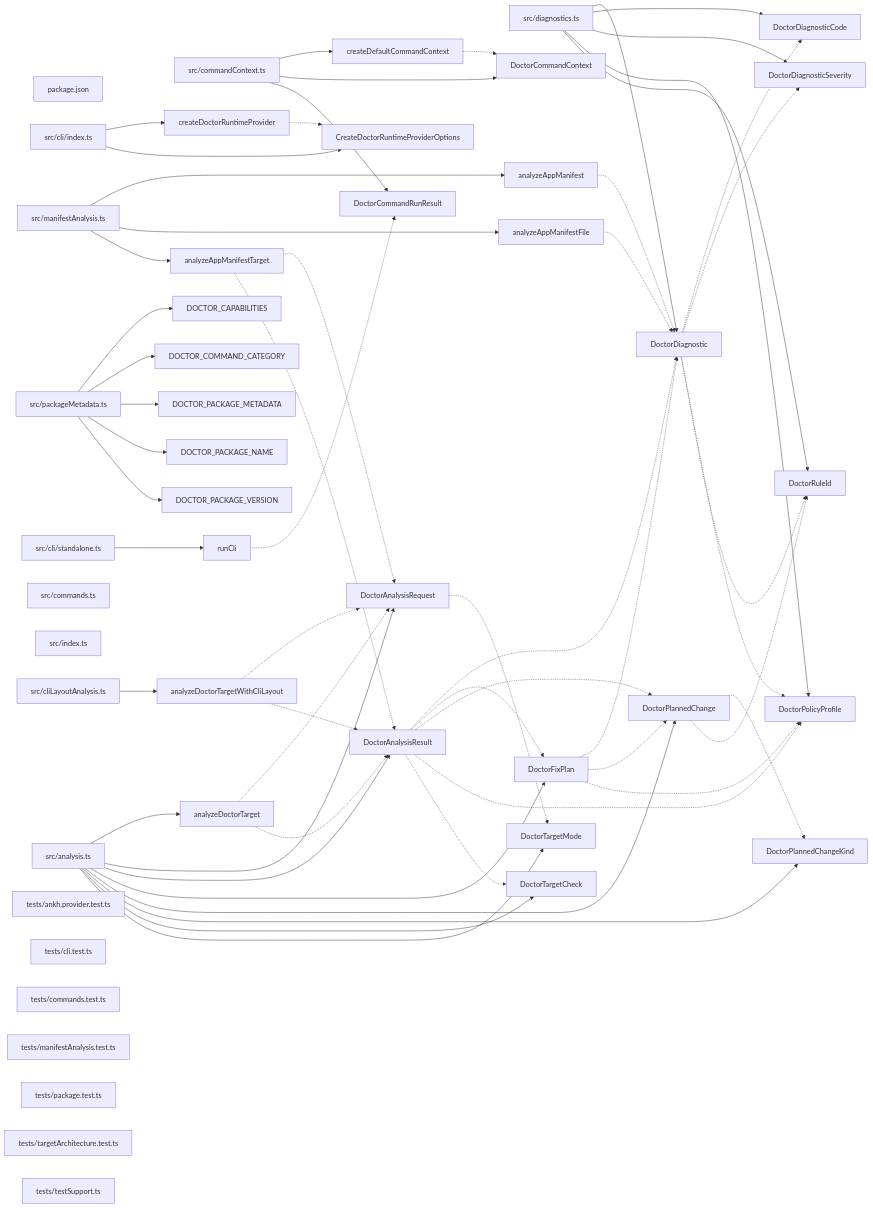
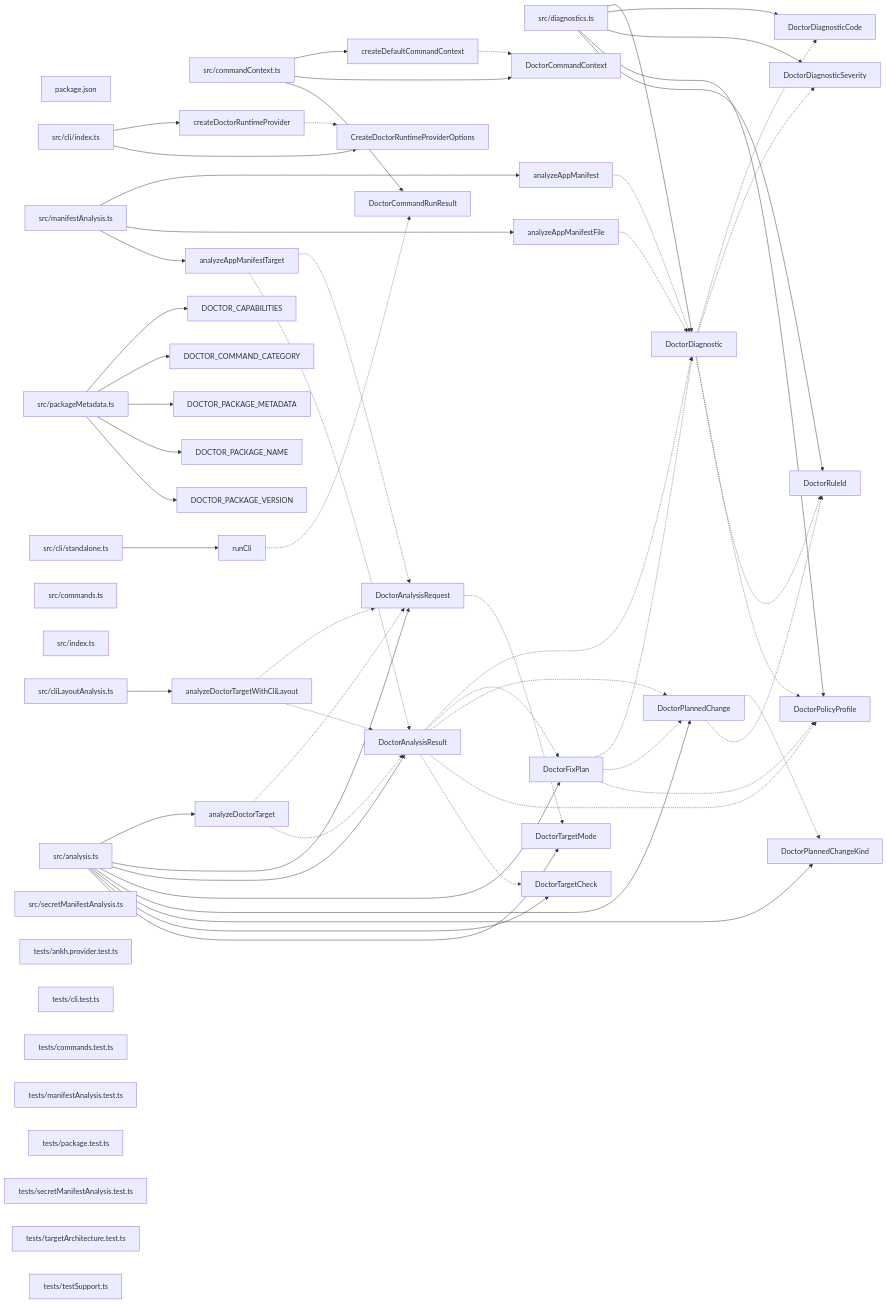
The diagram in paradox/diagrams/export-graph.mmd (ankhorage/doctor), drawn with Mermaid before and after one commit. The commit also changed 16 other files, not shown here.

```diff
--- a/paradox/diagrams/export-graph.mmd
+++ b/paradox/diagrams/export-graph.mmd
@@ -1,101 +1,103 @@
 graph LR
   module_package_json["package.json"]
   module_src_analysis_ts["src/analysis.ts"]
   module_src_cli_index_ts["src/cli/index.ts"]
   module_src_cli_standalone_ts["src/cli/standalone.ts"]
   module_src_cliLayoutAnalysis_ts["src/cliLayoutAnalysis.ts"]
   module_src_commandContext_ts["src/commandContext.ts"]
   module_src_commands_ts["src/commands.ts"]
   module_src_diagnostics_ts["src/diagnostics.ts"]
   module_src_index_ts["src/index.ts"]
   module_src_manifestAnalysis_ts["src/manifestAnalysis.ts"]
   module_src_packageMetadata_ts["src/packageMetadata.ts"]
+  module_src_secretManifestAnalysis_ts["src/secretManifestAnalysis.ts"]
   module_tests_ankh_provider_test_ts["tests/ankh.provider.test.ts"]
   module_tests_cli_test_ts["tests/cli.test.ts"]
   module_tests_commands_test_ts["tests/commands.test.ts"]
   module_tests_manifestAnalysis_test_ts["tests/manifestAnalysis.test.ts"]
   module_tests_package_test_ts["tests/package.test.ts"]
+  module_tests_secretManifestAnalysis_test_ts["tests/secretManifestAnalysis.test.ts"]
   module_tests_targetArchitecture_test_ts["tests/targetArchitecture.test.ts"]
   module_tests_testSupport_ts["tests/testSupport.ts"]
   export_analyzeAppManifest["analyzeAppManifest"]
   module_src_manifestAnalysis_ts --> export_analyzeAppManifest
   export_analyzeAppManifest -.-> export_DoctorDiagnostic
   export_analyzeAppManifestFile["analyzeAppManifestFile"]
   module_src_manifestAnalysis_ts --> export_analyzeAppManifestFile
   export_analyzeAppManifestFile -.-> export_DoctorDiagnostic
   export_analyzeAppManifestTarget["analyzeAppManifestTarget"]
   module_src_manifestAnalysis_ts --> export_analyzeAppManifestTarget
   export_analyzeAppManifestTarget -.-> export_DoctorAnalysisRequest
   export_analyzeAppManifestTarget -.-> export_DoctorAnalysisResult
   export_analyzeDoctorTarget["analyzeDoctorTarget"]
   module_src_analysis_ts --> export_analyzeDoctorTarget
   export_analyzeDoctorTarget -.-> export_DoctorAnalysisRequest
   export_analyzeDoctorTarget -.-> export_DoctorAnalysisResult
   export_analyzeDoctorTargetWithCliLayout["analyzeDoctorTargetWithCliLayout"]
   module_src_cliLayoutAnalysis_ts --> export_analyzeDoctorTargetWithCliLayout
   export_analyzeDoctorTargetWithCliLayout -.-> export_DoctorAnalysisRequest
   export_analyzeDoctorTargetWithCliLayout -.-> export_DoctorAnalysisResult
   export_createDefaultCommandContext["createDefaultCommandContext"]
   module_src_commandContext_ts --> export_createDefaultCommandContext
   export_createDefaultCommandContext -.-> export_DoctorCommandContext
   export_createDoctorRuntimeProvider["createDoctorRuntimeProvider"]
   module_src_cli_index_ts --> export_createDoctorRuntimeProvider
   export_createDoctorRuntimeProvider -.-> export_CreateDoctorRuntimeProviderOptions
   export_CreateDoctorRuntimeProviderOptions["CreateDoctorRuntimeProviderOptions"]
   module_src_cli_index_ts --> export_CreateDoctorRuntimeProviderOptions
   export_DOCTOR_CAPABILITIES["DOCTOR_CAPABILITIES"]
   module_src_packageMetadata_ts --> export_DOCTOR_CAPABILITIES
   export_DOCTOR_COMMAND_CATEGORY["DOCTOR_COMMAND_CATEGORY"]
   module_src_packageMetadata_ts --> export_DOCTOR_COMMAND_CATEGORY
   export_DOCTOR_PACKAGE_METADATA["DOCTOR_PACKAGE_METADATA"]
   module_src_packageMetadata_ts --> export_DOCTOR_PACKAGE_METADATA
   export_DOCTOR_PACKAGE_NAME["DOCTOR_PACKAGE_NAME"]
   module_src_packageMetadata_ts --> export_DOCTOR_PACKAGE_NAME
   export_DOCTOR_PACKAGE_VERSION["DOCTOR_PACKAGE_VERSION"]
   module_src_packageMetadata_ts --> export_DOCTOR_PACKAGE_VERSION
   export_DoctorAnalysisRequest["DoctorAnalysisRequest"]
   module_src_analysis_ts --> export_DoctorAnalysisRequest
   export_DoctorAnalysisRequest -.-> export_DoctorTargetMode
   export_DoctorAnalysisResult["DoctorAnalysisResult"]
   module_src_analysis_ts --> export_DoctorAnalysisResult
   export_DoctorAnalysisResult -.-> export_DoctorDiagnostic
   export_DoctorAnalysisResult -.-> export_DoctorFixPlan
   export_DoctorAnalysisResult -.-> export_DoctorPlannedChange
   export_DoctorAnalysisResult -.-> export_DoctorPolicyProfile
   export_DoctorAnalysisResult -.-> export_DoctorTargetCheck
   export_DoctorCommandContext["DoctorCommandContext"]
   module_src_commandContext_ts --> export_DoctorCommandContext
   export_DoctorCommandRunResult["DoctorCommandRunResult"]
   module_src_commandContext_ts --> export_DoctorCommandRunResult
   export_DoctorDiagnostic["DoctorDiagnostic"]
   module_src_diagnostics_ts --> export_DoctorDiagnostic
   export_DoctorDiagnostic -.-> export_DoctorDiagnosticCode
   export_DoctorDiagnostic -.-> export_DoctorDiagnosticSeverity
   export_DoctorDiagnostic -.-> export_DoctorPolicyProfile
   export_DoctorDiagnostic -.-> export_DoctorRuleId
   export_DoctorDiagnosticCode["DoctorDiagnosticCode"]
   module_src_diagnostics_ts --> export_DoctorDiagnosticCode
   export_DoctorDiagnosticSeverity["DoctorDiagnosticSeverity"]
   module_src_diagnostics_ts --> export_DoctorDiagnosticSeverity
   export_DoctorFixPlan["DoctorFixPlan"]
   module_src_analysis_ts --> export_DoctorFixPlan
   export_DoctorFixPlan -.-> export_DoctorDiagnostic
   export_DoctorFixPlan -.-> export_DoctorPlannedChange
   export_DoctorFixPlan -.-> export_DoctorPolicyProfile
   export_DoctorPlannedChange["DoctorPlannedChange"]
   module_src_analysis_ts --> export_DoctorPlannedChange
   export_DoctorPlannedChange -.-> export_DoctorPlannedChangeKind
   export_DoctorPlannedChange -.-> export_DoctorRuleId
   export_DoctorPlannedChangeKind["DoctorPlannedChangeKind"]
   module_src_analysis_ts --> export_DoctorPlannedChangeKind
   export_DoctorPolicyProfile["DoctorPolicyProfile"]
   module_src_diagnostics_ts --> export_DoctorPolicyProfile
   export_DoctorRuleId["DoctorRuleId"]
   module_src_diagnostics_ts --> export_DoctorRuleId
   export_DoctorTargetCheck["DoctorTargetCheck"]
   module_src_analysis_ts --> export_DoctorTargetCheck
   export_DoctorTargetMode["DoctorTargetMode"]
   module_src_analysis_ts --> export_DoctorTargetMode
   export_runCli["runCli"]
   module_src_cli_standalone_ts --> export_runCli
   export_runCli -.-> export_DoctorCommandRunResult
```
